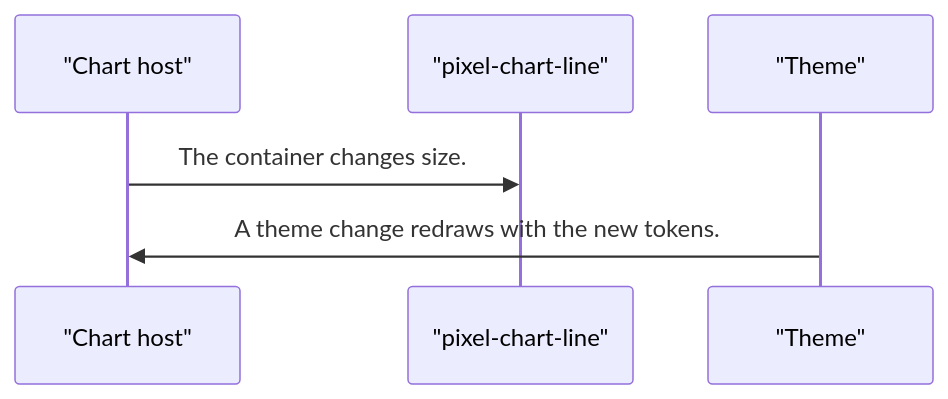
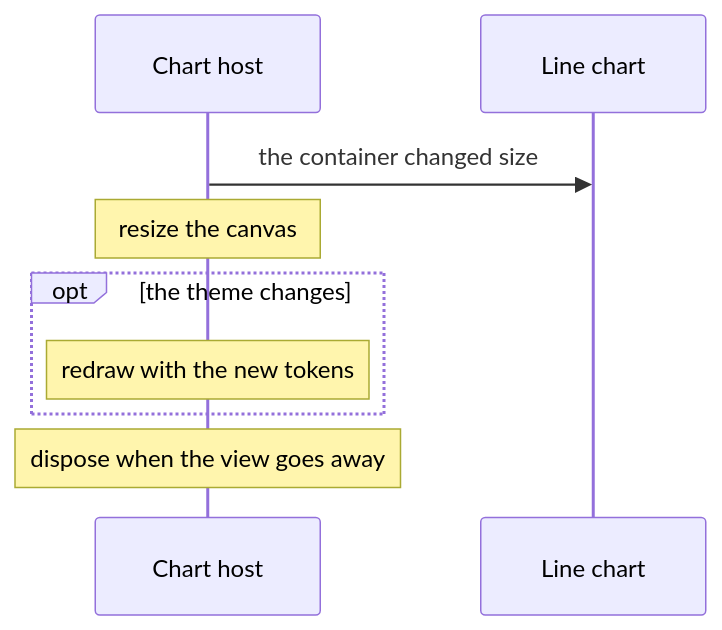
The fourth of 5 diagrams in projects/pixel-ui/src/lib/pixel-chart-line/DESIGN.md (RajshekharBorate/pixel-ui), drawn with Mermaid before and after one commit. The commit also changed other lines of this file and 73 other files, not shown here.

Commit message:
Explain who owns each value and what each flow does in every component and service design.

````diff
--- a/projects/pixel-ui/src/lib/pixel-chart-line/DESIGN.md
+++ b/projects/pixel-ui/src/lib/pixel-chart-line/DESIGN.md
@@ -82,8 +105,11 @@
 ```mermaid
 sequenceDiagram
-  participant host as "Chart host"
-  participant plot as "pixel-chart-line"
-  participant theme as "Theme"
-  host->>plot: The container changes size.
-  theme->>host: A theme change redraws with the new tokens.
+  participant Host as Chart host
+  participant Plot as Line chart
+  Host->>Plot: the container changed size
+  Note over Host: resize the canvas
+  opt the theme changes
+    Note over Host: redraw with the new tokens
+  end
+  Note over Host: dispose when the view goes away
 ```
````
